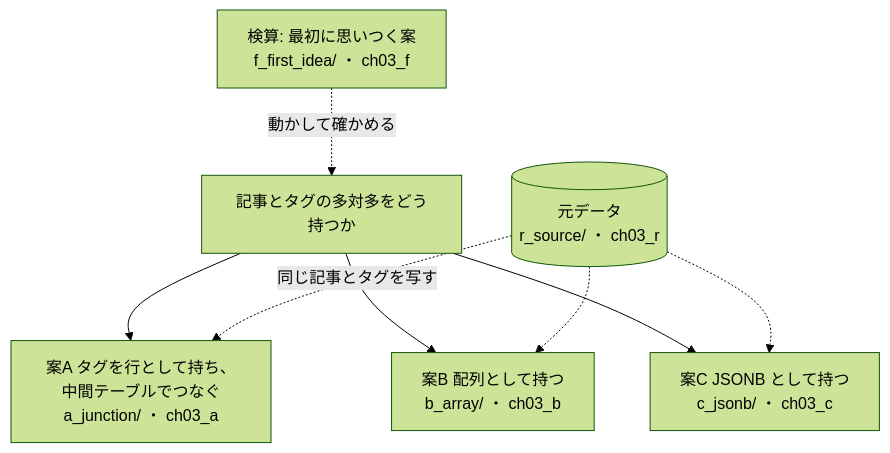
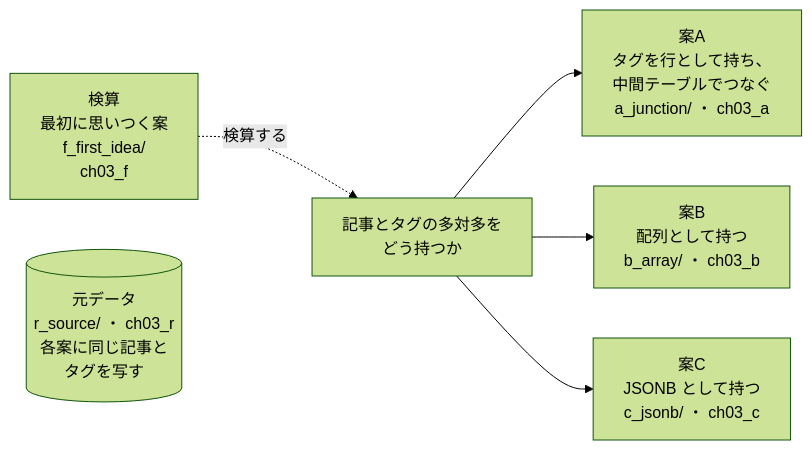
The first of 5 diagrams in ch03_articles_and_tags/README.md (driftnode986/postgresql-db-design-samples), drawn with Mermaid (forest theme) before and after one commit. The commit also changed other lines of this file and 15 other files, not shown here.

First line of the commit message:
docs: 設計案の構成図を縦並びにし、幅の広い ER 図を分けて、GitHub で縮まない大きさにする

````diff
--- a/ch03_articles_and_tags/README.md
+++ b/ch03_articles_and_tags/README.md
@@ -15,12 +15,10 @@
 ```mermaid
-flowchart TD
-  Q["記事とタグの多対多をどう持つか"]
-  R[("元データ<br/>r_source/ ・ ch03_r")]
-  Q --> A["案A タグを行として持ち、中間テーブルでつなぐ<br/>a_junction/ ・ ch03_a"]
-  Q --> B["案B 配列として持つ<br/>b_array/ ・ ch03_b"]
-  Q --> C["案C JSONB として持つ<br/>c_jsonb/ ・ ch03_c"]
-  F["検算: 最初に思いつく案<br/>f_first_idea/ ・ ch03_f"] -.->|動かして確かめる| Q
-  R -.->|同じ記事とタグを写す| A
-  R -.-> B
-  R -.-> C
+flowchart LR
+  F["検算<br/>最初に思いつく案<br/>f_first_idea/<br/>ch03_f"] -.->|検算する| Q
+  Q["記事とタグの多対多を<br/>どう持つか"]
+  R[("元データ<br/>r_source/ ・ ch03_r<br/>各案に同じ記事と<br/>タグを写す")]
+  Q --> A["案A<br/>タグを行として持ち、<br/>中間テーブルでつなぐ<br/>a_junction/ ・ ch03_a"]
+  Q --> B["案B<br/>配列として持つ<br/>b_array/ ・ ch03_b"]
+  Q --> C["案C<br/>JSONB として持つ<br/>c_jsonb/ ・ ch03_c"]
+  R ~~~ Q
 ```
````
